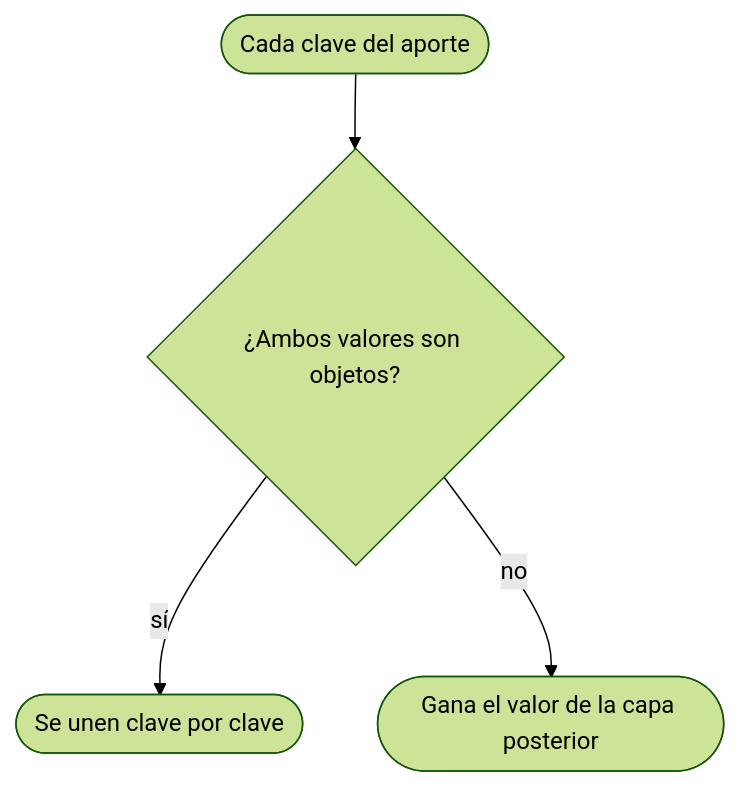
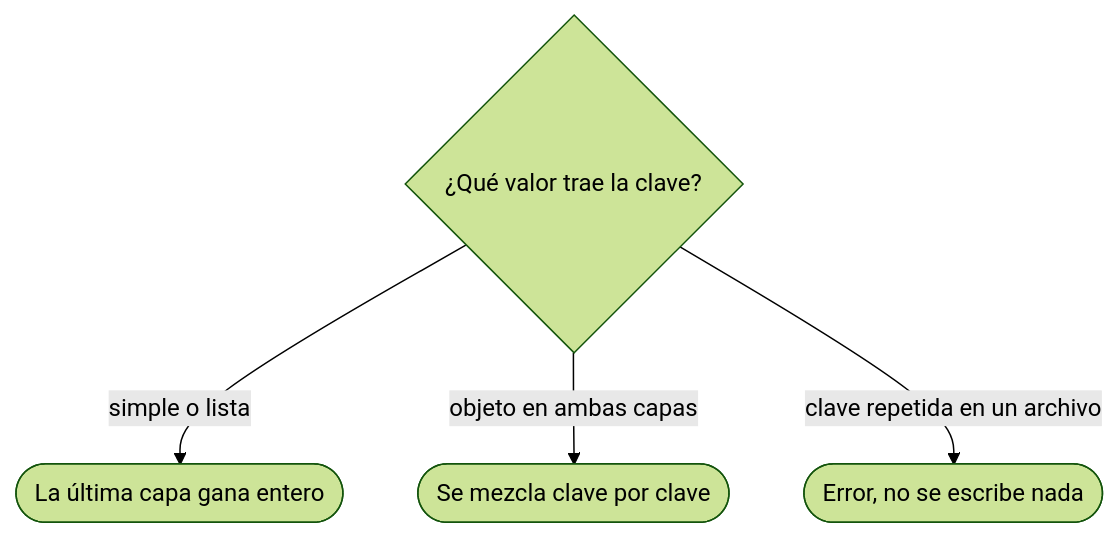
One commit to jliberal-aquas/aquas-harness changed the fifth of 6 diagrams in docs/compilacion-del-canon/fusionar-json.md. Above: the diagram before and after it, drawn with Mermaid (forest theme). The commit also changed other lines of this file and 14 other files, not shown here.

First line of the commit message:
feat: capability-docs v0.2, manual de referencia con mapa y diagramas de datos

````diff
--- a/docs/compilacion-del-canon/fusionar-json.md
+++ b/docs/compilacion-del-canon/fusionar-json.md
@@ -42,6 +128,6 @@
 ```mermaid
 flowchart TD
-  K([Cada clave del aporte]) --> A{¿Ambos valores son objetos?}
-  A -->|sí| R([Se unen clave por clave])
-  A -->|no| W([Gana el valor de la capa posterior])
+  Q{¿Qué valor trae la clave?} -->|simple o lista| X([La última capa gana entero])
+  Q -->|objeto en ambas capas| Y([Se mezcla clave por clave])
+  Q -->|clave repetida en un archivo| Z([Error, no se escribe nada])
 ```
````
